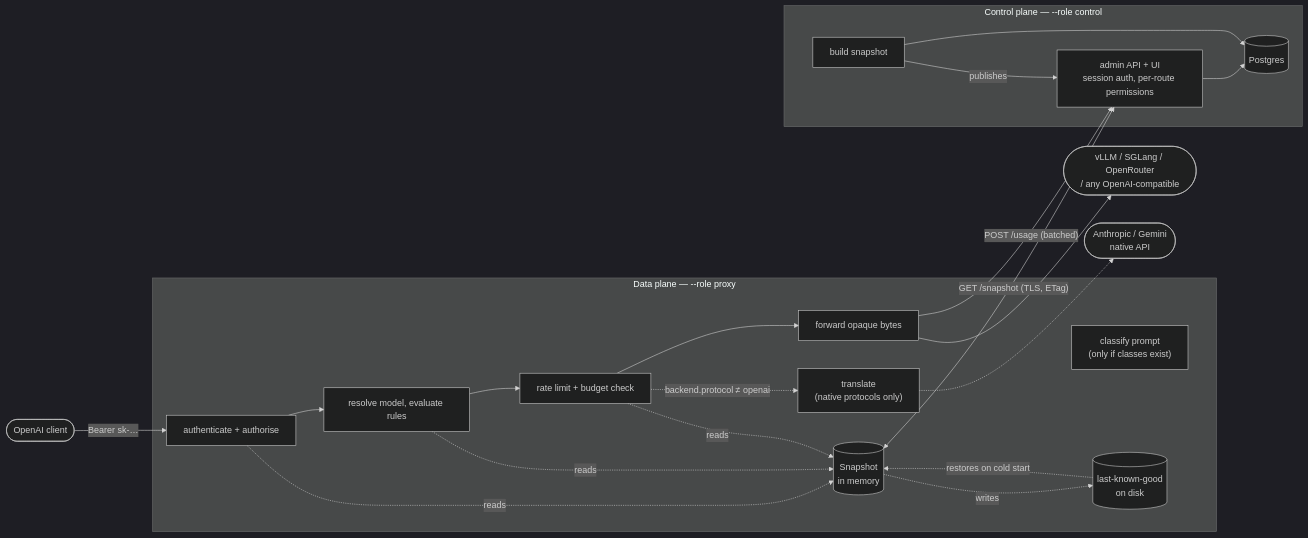
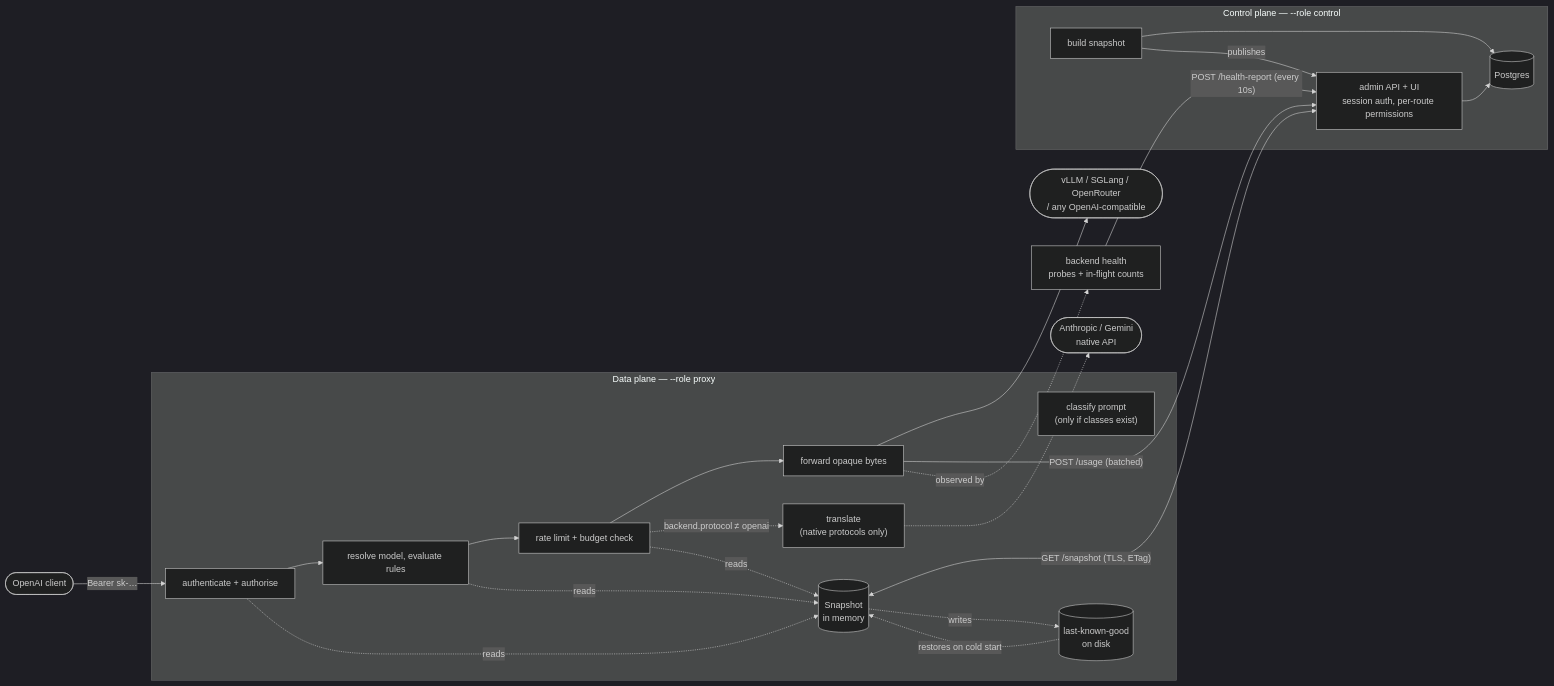
One commit to azrtydxb/Fastllm-proxy changed the first of 3 diagrams in docs/architecture.md. Above: the diagram before and after it, drawn with Mermaid (dark theme). The commit also changed other lines of this file and 11 other files, not shown here.

First line of the commit message:
Live backend health, routing dry-run, price sync as a route

````diff
--- a/docs/architecture.md
+++ b/docs/architecture.md
@@ -13,38 +13,40 @@
 ```mermaid
 flowchart LR
     client([OpenAI client])
 
     subgraph dp["Data plane — --role proxy"]
         auth[authenticate + authorise]
         classify["classify prompt<br/>(only if classes exist)"]
         route[resolve model, evaluate rules]
         limit[rate limit + budget check]
         fwd[forward opaque bytes]
         xlate["translate<br/>(native protocols only)"]
         snap[(Snapshot<br/>in memory)]
         cache[(last-known-good<br/>on disk)]
     end
 
     subgraph cp["Control plane — --role control"]
         admin["admin API + UI<br/>session auth, per-route permissions"]
         build[build snapshot]
         pg[(Postgres)]
     end
 
     backend([vLLM / SGLang / OpenRouter<br/>/ any OpenAI-compatible])
 
     client -->|"Bearer sk-…"| auth --> route --> limit --> fwd --> backend
     limit -.->|"backend.protocol ≠ openai"| xlate
     xlate -.-> native([Anthropic / Gemini<br/>native API])
     auth -.reads.-> snap
     route -.reads.-> snap
     limit -.reads.-> snap
 
     admin --> pg
     build --> pg
     build -->|publishes| admin
     snap <-->|"GET /snapshot (TLS, ETag)"| admin
     snap -.writes.-> cache
     cache -.restores on cold start.-> snap
     fwd -->|"POST /usage (batched)"| admin
+    health["backend health<br/>probes + in-flight counts"] -->|"POST /health-report (every 10s)"| admin
+    fwd -.observed by.-> health
 ```
````
